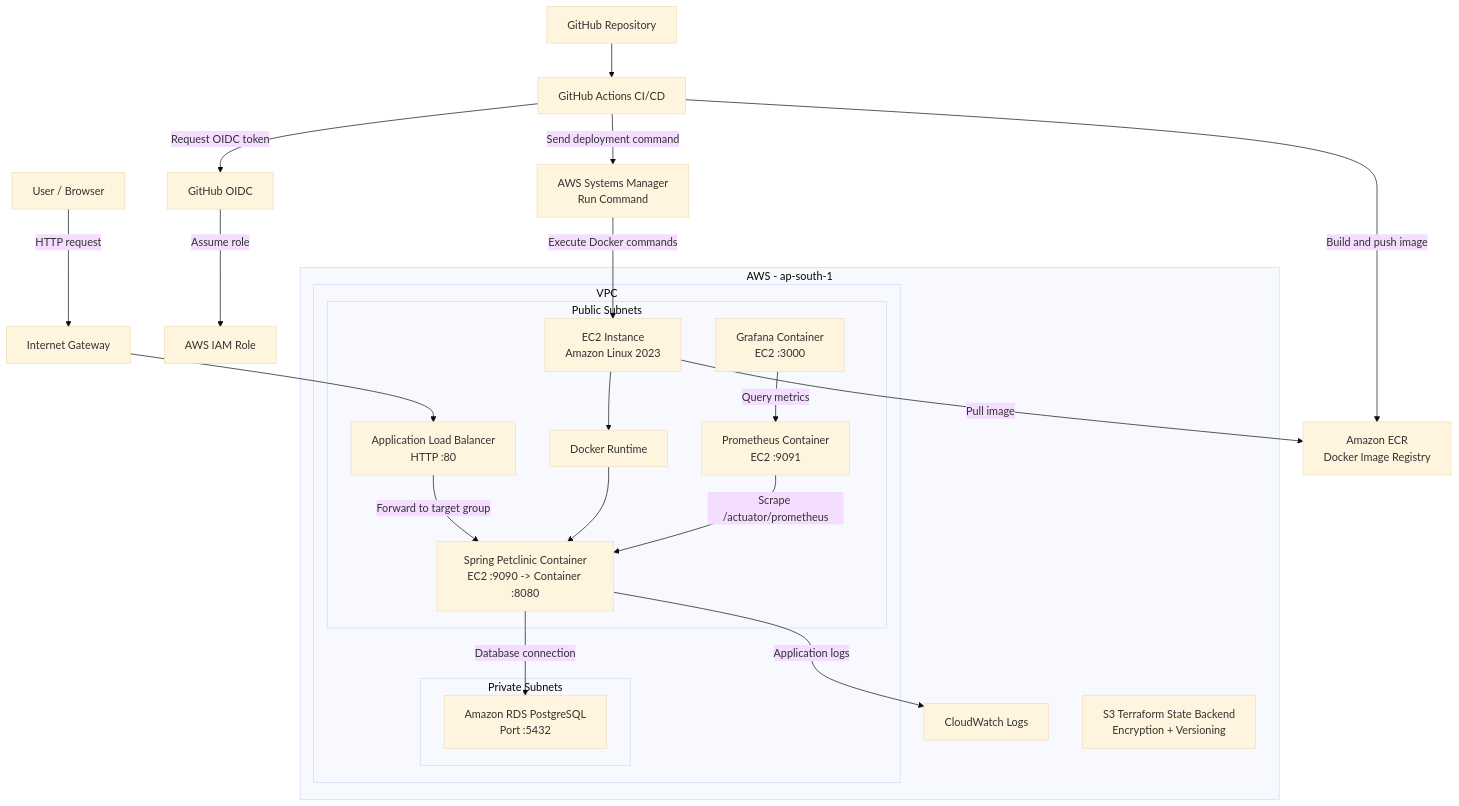
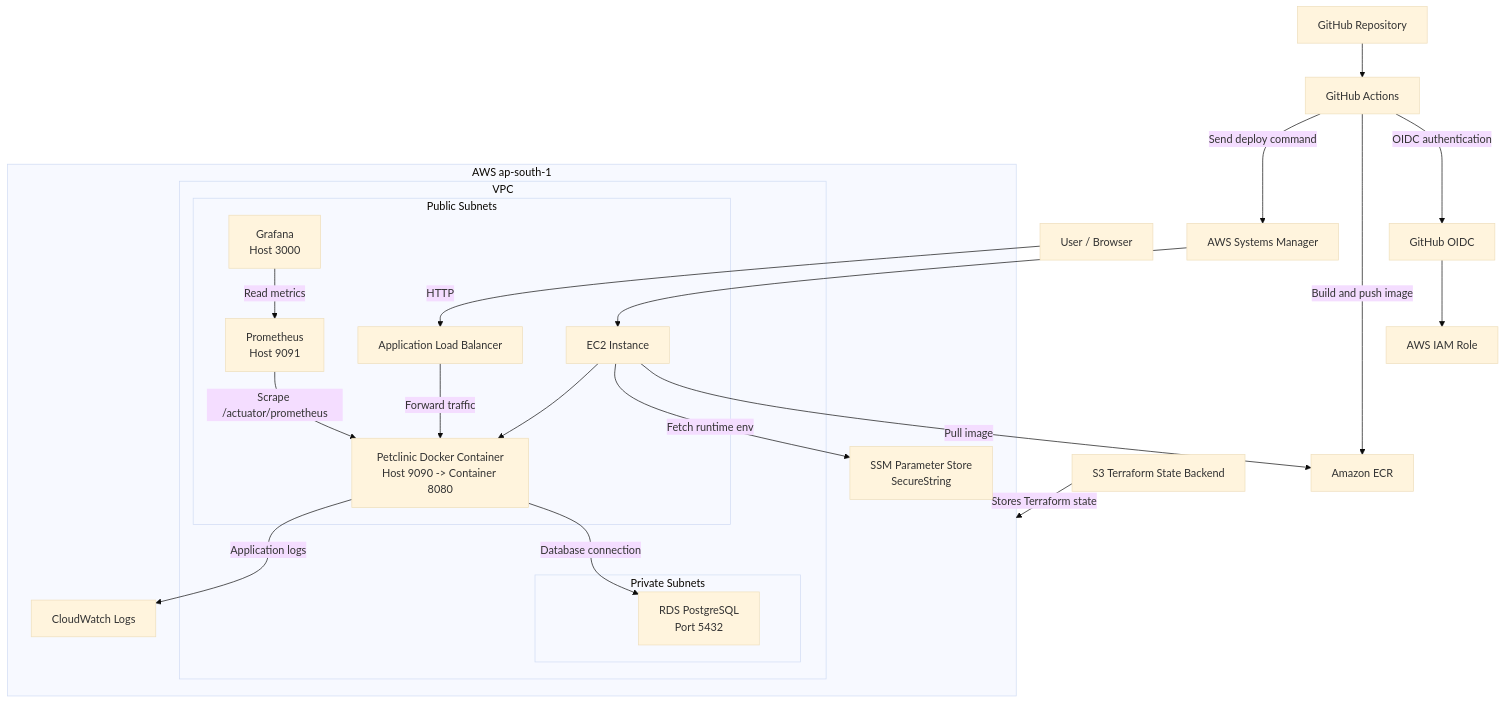
The diagram in docs/architecture.md (poojitha200121/8byte-devops-assignment), drawn with Mermaid (base theme) before and after one commit. The commit also changed other lines of this file and 2 other files, not shown here.

````diff
--- a/docs/architecture.md
+++ b/docs/architecture.md
@@ -5,50 +7,49 @@
 ```mermaid
 flowchart TB
     user["User / Browser"]
     github["GitHub Repository"]
-    actions["GitHub Actions CI/CD"]
+    actions["GitHub Actions"]
     oidc["GitHub OIDC"]
     iam["AWS IAM Role"]
-    ecr["Amazon ECR<br/>Docker Image Registry"]
-    ssm["AWS Systems Manager<br/>Run Command"]
-    igw["Internet Gateway"]
+    ecr["Amazon ECR"]
+    ssm["AWS Systems Manager"]
+    state["S3 Terraform State Backend"]
 
-    subgraph aws["AWS - ap-south-1"]
+    subgraph aws["AWS ap-south-1"]
         subgraph vpc["VPC"]
             subgraph public["Public Subnets"]
-                alb["Application Load Balancer<br/>HTTP :80"]
-                ec2["EC2 Instance<br/>Amazon Linux 2023"]
-                docker["Docker Runtime"]
-                app["Spring Petclinic Container<br/>EC2 :9090 -> Container :8080"]
-                prometheus["Prometheus Container<br/>EC2 :9091"]
-                grafana["Grafana Container<br/>EC2 :3000"]
+                alb["Application Load Balancer"]
+                ec2["EC2 Instance"]
+                app["Petclinic Docker Container<br/>Host 9090 -> Container 8080"]
+                prometheus["Prometheus<br/>Host 9091"]
+                grafana["Grafana<br/>Host 3000"]
             end
 
             subgraph private["Private Subnets"]
-                rds["Amazon RDS PostgreSQL<br/>Port :5432"]
+                rds["RDS PostgreSQL<br/>Port 5432"]
             end
         end
 
         cloudwatch["CloudWatch Logs"]
-        state["S3 Terraform State Backend<br/>Encryption + Versioning"]
+        parameter["SSM Parameter Store<br/>SecureString"]
     end
 
-    user -->|"HTTP request"| igw
-    igw --> alb
-    alb -->|"Forward to target group"| app
+    user -->|"HTTP"| alb
+    alb -->|"Forward traffic"| app
     app -->|"Database connection"| rds
 
     github --> actions
-    actions -->|"Request OIDC token"| oidc
-    oidc -->|"Assume role"| iam
+    actions -->|"OIDC authentication"| oidc
+    oidc --> iam
     actions -->|"Build and push image"| ecr
-    actions -->|"Send deployment command"| ssm
-    ssm -->|"Execute Docker commands"| ec2
-    ec2 --> docker
-    docker --> app
+    actions -->|"Send deploy command"| ssm
+    ssm --> ec2
     ec2 -->|"Pull image"| ecr
+    ec2 -->|"Fetch runtime env"| parameter
+    ec2 --> app
 
     prometheus -->|"Scrape /actuator/prometheus"| app
-    grafana -->|"Query metrics"| prometheus
+    grafana -->|"Read metrics"| prometheus
     app -->|"Application logs"| cloudwatch
+    state -->|"Stores Terraform state"| aws
 ```
````
